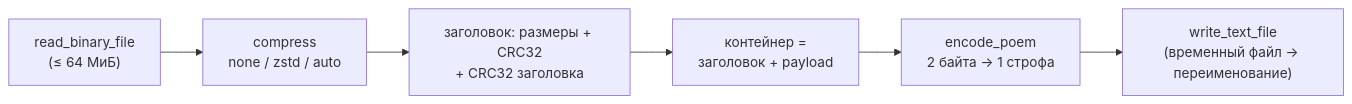
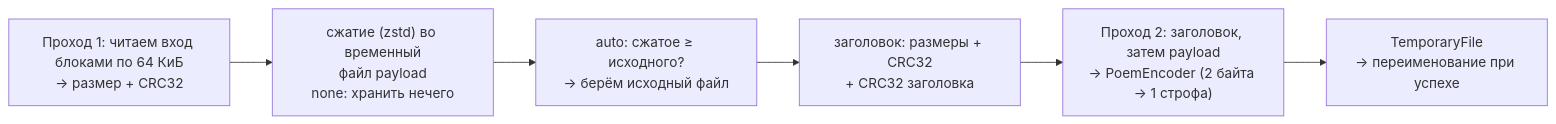
Before and after one commit to Viole1/bard-zip: the second of 7 diagrams in docs/ru/main-flow.md, drawn with Mermaid. The commit also changed other lines of this file and 36 other files, not shown here.

````diff
--- a/docs/ru/main-flow.md
+++ b/docs/ru/main-flow.md
@@ -33,8 +35,8 @@
 ```mermaid
 flowchart LR
-    A["read_binary_file<br/>(≤ 64 МиБ)"] --> B["compress<br/>none / zstd / auto"]
-    B --> C["заголовок: размеры + CRC32<br/>+ CRC32 заголовка"]
-    C --> D["контейнер =<br/>заголовок + payload"]
-    D --> E["encode_poem<br/>2 байта → 1 строфа"]
-    E --> F["write_text_file<br/>(временный файл → переименование)"]
+    A["Проход 1: читаем вход блоками по 64 КиБ<br/>→ размер + CRC32"] --> B["сжатие (zstd) во временный<br/>файл payload<br/>none: хранить нечего"]
+    B --> C["auto: сжатое ≥ исходного?<br/>→ берём исходный файл"]
+    C --> D["заголовок: размеры + CRC32<br/>+ CRC32 заголовка"]
+    D --> E["Проход 2: заголовок, затем payload<br/>→ PoemEncoder (2 байта → 1 строфа)"]
+    E --> F["TemporaryFile<br/>→ переименование при успехе"]
 ```
````
